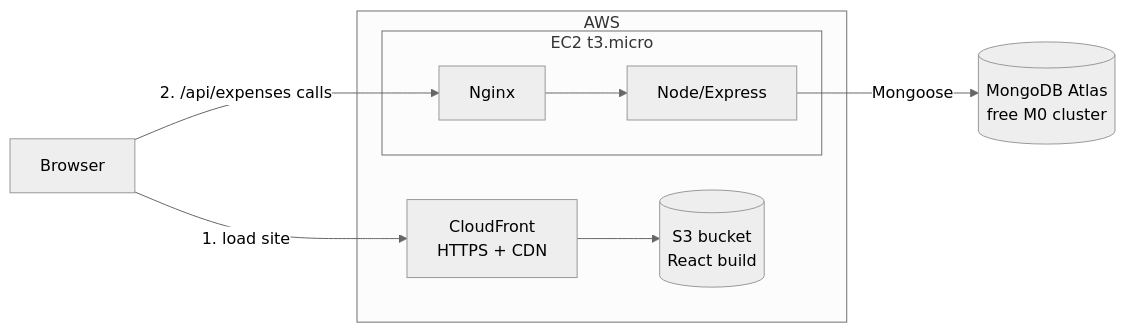
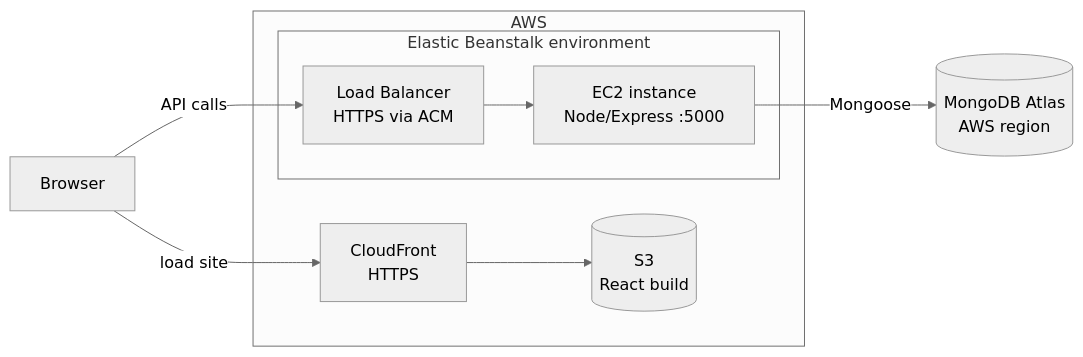
The second of 2 diagrams in README.md (Shreyansh9016/Expense_Tracker), drawn with Mermaid (neutral theme) before and after one commit. The commit also changed other lines of this file and 1 other file, not shown here.

````diff
--- a/README.md
+++ b/README.md
@@ -5,19 +47,17 @@
 ```mermaid
 flowchart LR
     U[Browser]
     subgraph AWS
-        CF[CloudFront<br/>HTTPS + CDN]
-        S3[(S3 bucket<br/>React build)]
-        subgraph EC2[EC2 t3.micro]
-            NG[Nginx<br/>]
-            API[Node/Express<br/>]
+        CF[CloudFront<br/>HTTPS]
+        S3[(S3<br/>React build)]
+        subgraph EB[Elastic Beanstalk environment]
+            ALB[Load Balancer<br/>HTTPS via ACM]
+            EC2[EC2 instance<br/>Node/Express :5000]
         end
     end
-    DB[(MongoDB Atlas<br/>free M0 cluster)]
+    DB[(MongoDB Atlas<br/>AWS region)]
 
-    U -- "1. load site" --> CF
-    CF --> S3
-    U -- "2. /api/expenses calls" --> NG
-    NG --> API
-    API -- "Mongoose" --> DB
+    U -- "load site" --> CF --> S3
+    U -- "API calls" --> ALB --> EC2
+    EC2 -- "Mongoose" --> DB
 ```
````
